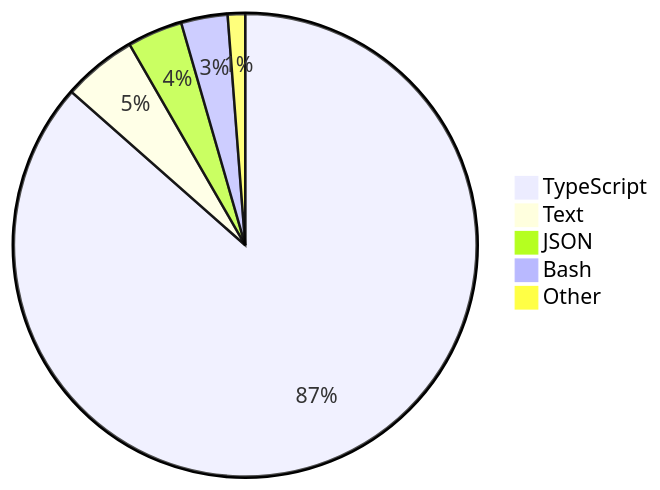
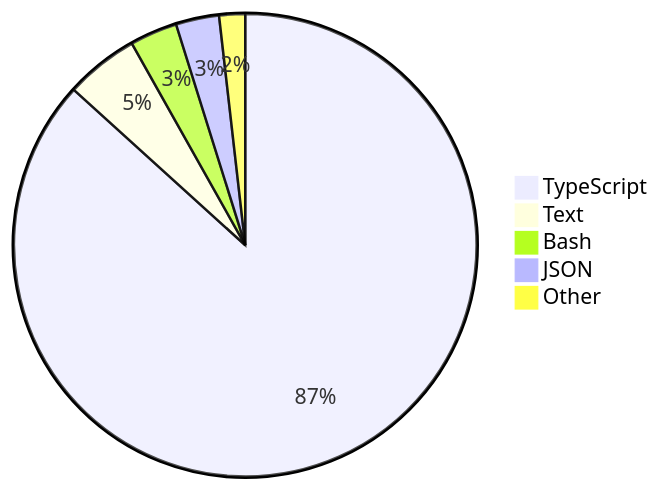
The diagram in README.md (skvggor/skvggor), drawn with Mermaid before and after one commit.

Commit message:
Updated waka-readme graph with new metrics

````diff
--- a/README.md
+++ b/README.md
@@ -16,8 +16,8 @@
 ```mermaid
 pie
-    "TypeScript" : 85.3
+    "TypeScript" : 86.2
     "Text" : 5.1
-    "JSON" : 3.8
-    "Bash" : 3.2
-    "Other" : 1.2
+    "Bash" : 3.3
+    "JSON" : 3.0
+    "Other" : 1.8
 ```
````
